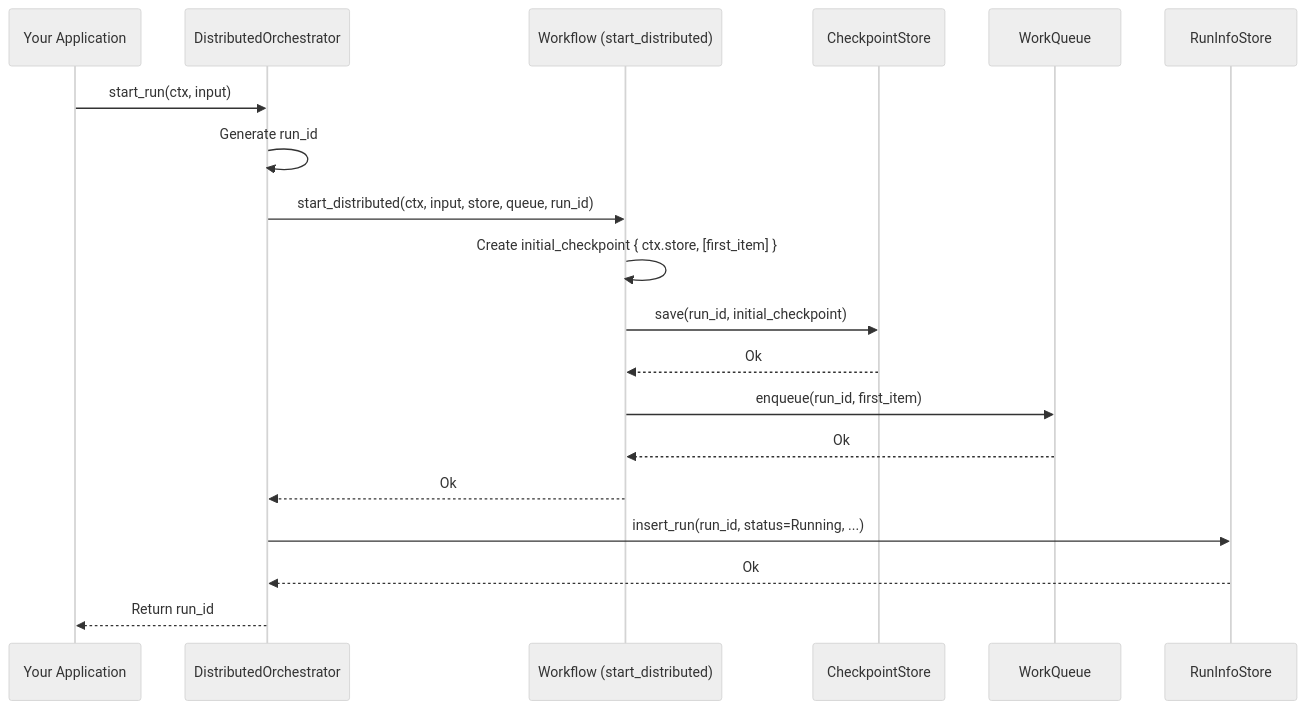
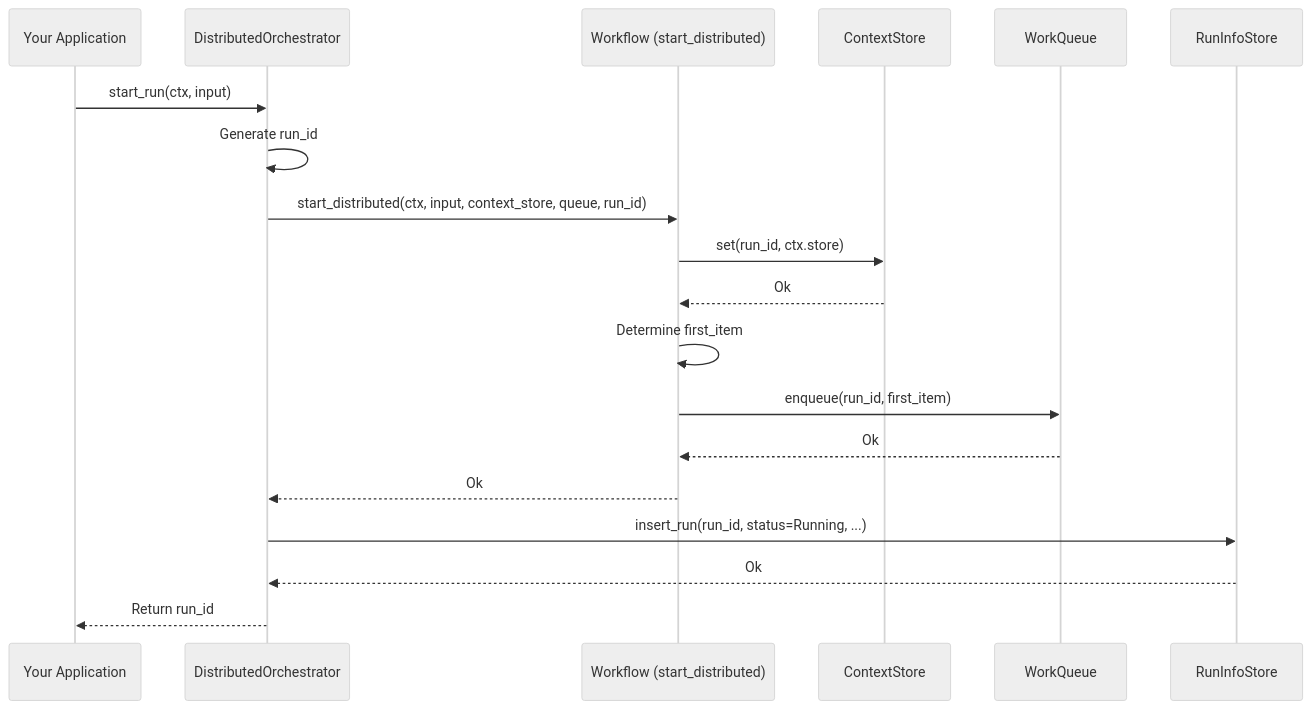
Before and after one commit to aitoroses/floxide: the second of 2 diagrams in docs/floxide-tutorial/08__distributedorchestrator__.md, drawn with Mermaid (neutral theme). The commit also changed other lines of this file and 5 other files, not shown here.

First line of the commit message:
Enhance Floxide tutorial documentation for context and distributed workflows

````diff
--- a/docs/floxide-tutorial/08__distributedorchestrator__.md
+++ b/docs/floxide-tutorial/08__distributedorchestrator__.md
@@ -204,22 +206,22 @@
 ```mermaid
 sequenceDiagram
     participant UserApp as Your Application
     participant Orch as DistributedOrchestrator
     participant WF as Workflow (start_distributed)
-    participant CS as CheckpointStore
+    participant CtxS as ContextStore
     participant WQ as WorkQueue
     participant RIS as RunInfoStore
 
     UserApp->>Orch: start_run(ctx, input)
     Orch->>Orch: Generate run_id
-    Orch->>WF: start_distributed(ctx, input, store, queue, run_id)
-    WF->>WF: Create initial_checkpoint { ctx.store, [first_item] }
-    WF->>CS: save(run_id, initial_checkpoint)
-    CS-->>WF: Ok
+    Orch->>WF: start_distributed(ctx, input, context_store, queue, run_id)
+    WF->>CtxS: set(run_id, ctx.store)
+    CtxS-->>WF: Ok
+    WF->>WF: Determine first_item
     WF->>WQ: enqueue(run_id, first_item)
     WQ-->>WF: Ok
     WF-->>Orch: Ok
     Orch->>RIS: insert_run(run_id, status=Running, ...)
     RIS-->>Orch: Ok
     Orch-->>UserApp: Return run_id
 ```
````
